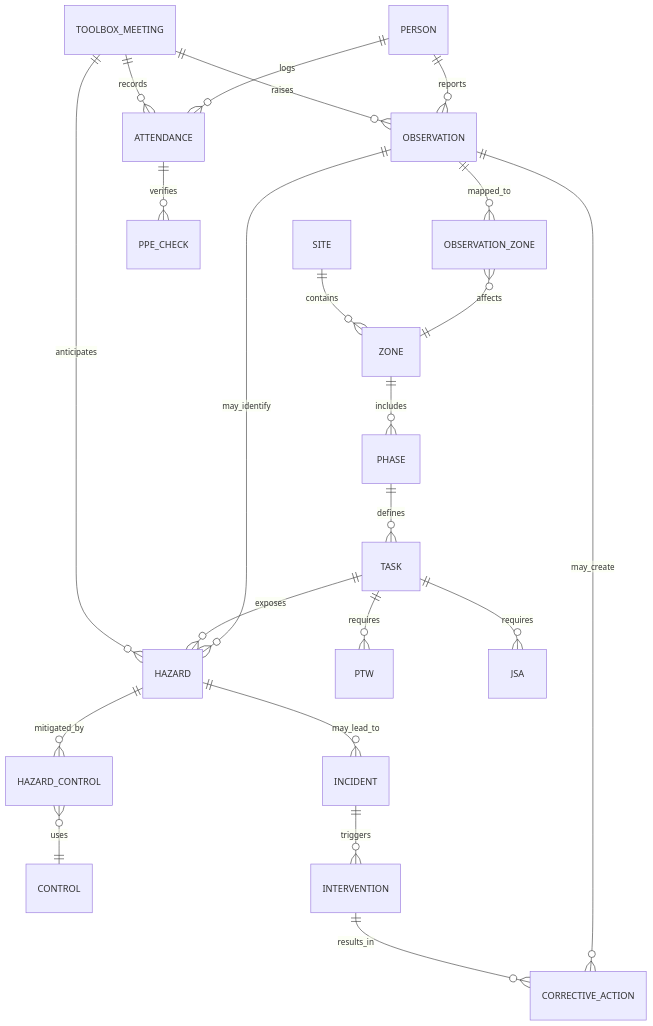
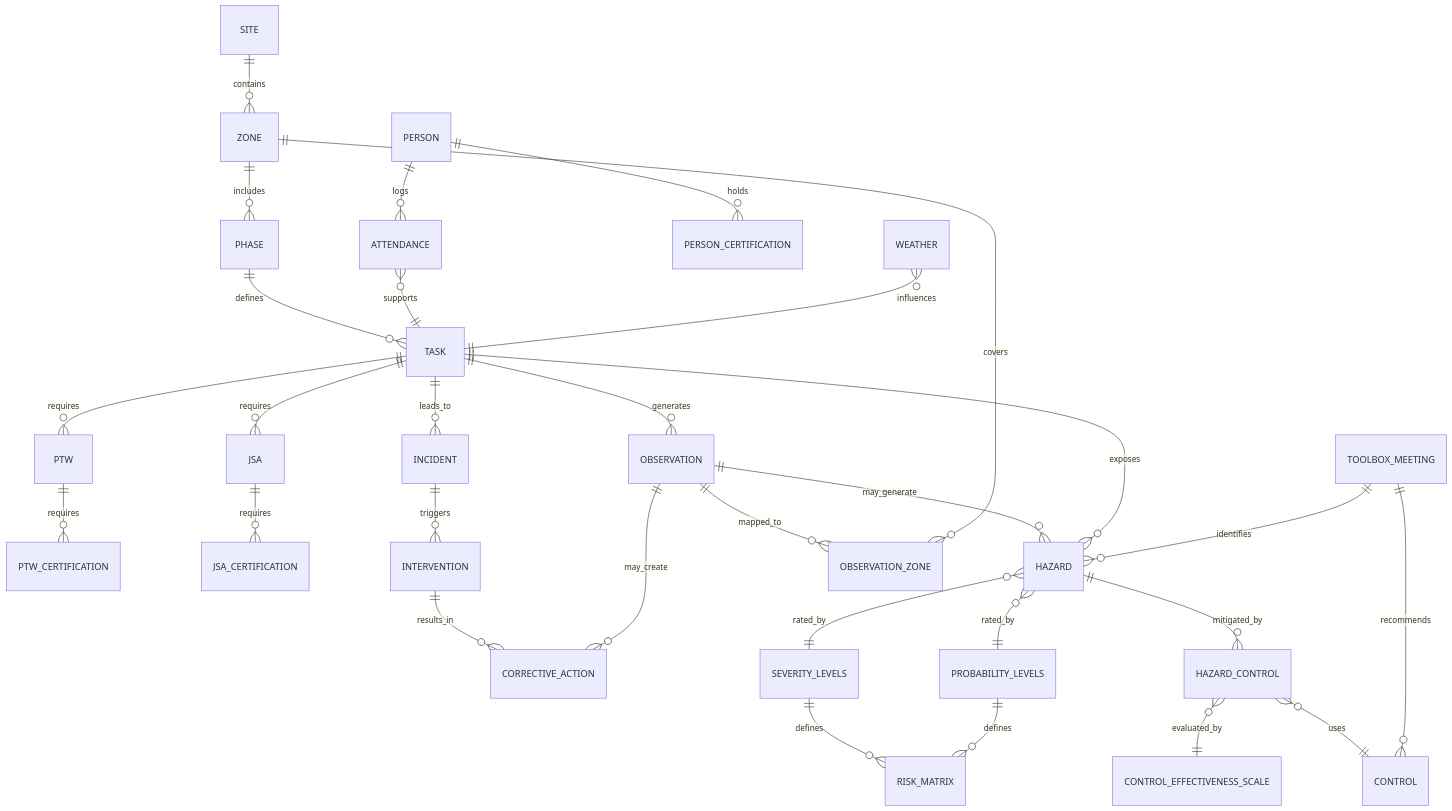
One commit to Euchie23/Euchie23 changed the second of 2 diagrams in README.md. Above: the diagram before and after it, drawn with Mermaid.

````diff
--- a/README.md
+++ b/README.md
@@ -129,32 +129,45 @@
 ```mermaid
 erDiagram
     SITE ||--o{ ZONE : contains
     ZONE ||--o{ PHASE : includes
     PHASE ||--o{ TASK : defines
 
-    TOOLBOX_MEETING ||--o{ ATTENDANCE : records
-    TOOLBOX_MEETING ||--o{ OBSERVATION : raises
-    TOOLBOX_MEETING ||--o{ HAZARD : anticipates
+    PERSON ||--o{ ATTENDANCE : logs
+    ATTENDANCE }o--|| TASK : supports
 
-    PERSON ||--o{ ATTENDANCE : logs
-    ATTENDANCE ||--o{ PPE_CHECK : verifies
+    TASK ||--o{ PTW : requires
+    TASK ||--o{ JSA : requires
 
-    PERSON ||--o{ OBSERVATION : reports
+    PERSON ||--o{ PERSON_CERTIFICATION : holds
+    PTW ||--o{ PTW_CERTIFICATION : requires
+    JSA ||--o{ JSA_CERTIFICATION : requires
+
+    TASK ||--o{ INCIDENT : leads_to
+    INCIDENT ||--o{ INTERVENTION : triggers
+    INTERVENTION ||--o{ CORRECTIVE_ACTION : results_in
+
+    TASK ||--o{ OBSERVATION : generates
+    OBSERVATION ||--o{ HAZARD : may_generate
+    OBSERVATION ||--o{ CORRECTIVE_ACTION : may_create
+
+    %% NEW — observation can span zones
     OBSERVATION ||--o{ OBSERVATION_ZONE : mapped_to
-    OBSERVATION_ZONE }o--|| ZONE : affects
+    ZONE ||--o{ OBSERVATION_ZONE : covers
 
     TASK ||--o{ HAZARD : exposes
-    OBSERVATION ||--o{ HAZARD : may_identify
-
     HAZARD ||--o{ HAZARD_CONTROL : mitigated_by
     HAZARD_CONTROL }o--|| CONTROL : uses
 
-    HAZARD ||--o{ INCIDENT : may_lead_to
-    INCIDENT ||--o{ INTERVENTION : triggers
-    INTERVENTION ||--o{ CORRECTIVE_ACTION : results_in
+    %% Risk Engine (must stay visible)
+    HAZARD }o--|| SEVERITY_LEVELS : rated_by
+    HAZARD }o--|| PROBABILITY_LEVELS : rated_by
+    SEVERITY_LEVELS ||--o{ RISK_MATRIX : defines
+    PROBABILITY_LEVELS ||--o{ RISK_MATRIX : defines
+    HAZARD_CONTROL }o--|| CONTROL_EFFECTIVENESS_SCALE : evaluated_by
 
-    OBSERVATION ||--o{ CORRECTIVE_ACTION : may_create
+    %% NEW — Toolbox meetings feed hazards & controls
+    TOOLBOX_MEETING ||--o{ HAZARD : identifies
+    TOOLBOX_MEETING ||--o{ CONTROL : recommends
 
-    TASK ||--o{ PTW : requires
-    TASK ||--o{ JSA : requires
+    WEATHER }o--|| TASK : influences
 ```
````
